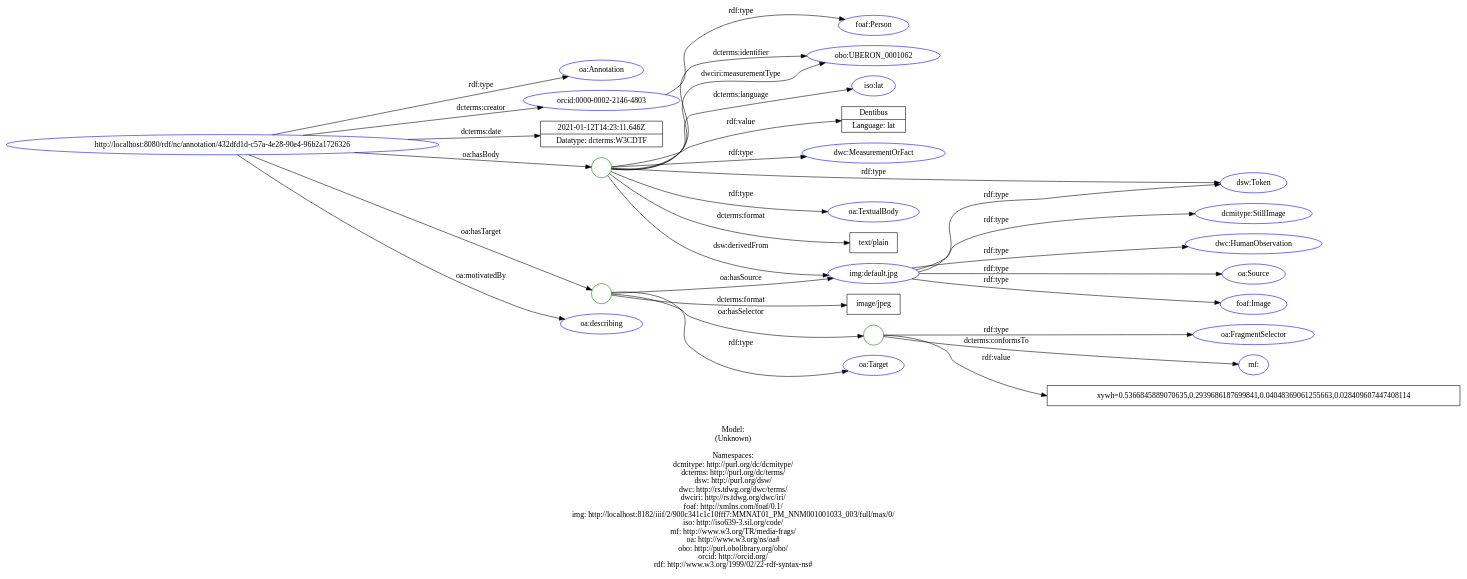
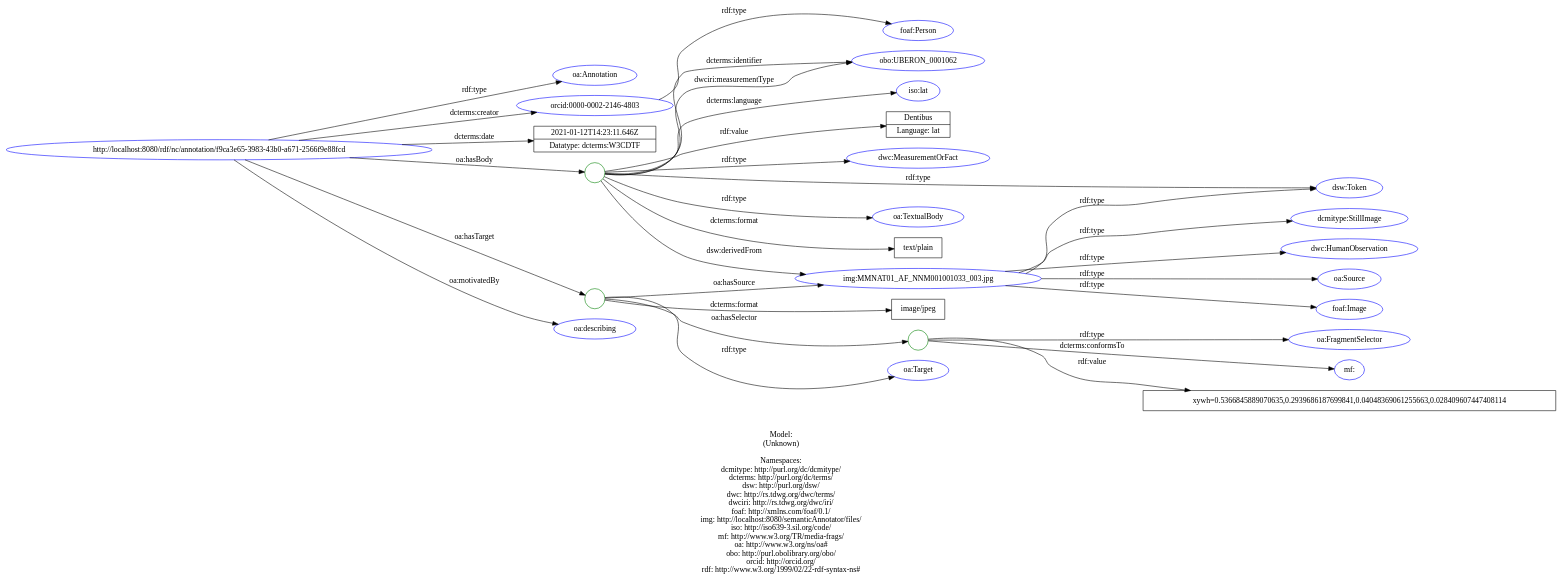
One commit to lisestork/SFB-Annotator changed the diagram in doc/models/example_6_1.dot. Above: the diagram before and after it, drawn with Graphviz. The commit also changed 9 other files, not shown here.

Commit message:
Update doc. models in SVG. - change (remote) img:default.jpg to (local) img:MMNAT01_AF_NNM001001033_*.jpg

```diff
--- a/doc/models/example_6_1.dot
+++ b/doc/models/example_6_1.dot
@@ -1,67 +1,67 @@
 digraph {
 	rankdir = LR;
 	charset="utf-8";
 
-	"Rhttp://localhost:8080/rdf/nc/annotation/432dfd1d-c57a-4e28-90e4-96b2a1726326" -> "Roa:Annotation" [ label="rdf:type" ];
-	"Rhttp://localhost:8080/rdf/nc/annotation/432dfd1d-c57a-4e28-90e4-96b2a1726326" -> "Rorcid:0000-0002-2146-4803" [ label="dcterms:creator" ];
-	"Rhttp://localhost:8080/rdf/nc/annotation/432dfd1d-c57a-4e28-90e4-96b2a1726326" -> "L2021-01-12T14:23:11.646Z|Datatype: dcterms:W3CDTF" [ label="dcterms:date" ];
-	"Rhttp://localhost:8080/rdf/nc/annotation/432dfd1d-c57a-4e28-90e4-96b2a1726326" -> "B_:node1f0gq2gelx75" [ label="oa:hasBody" ];
-	"B_:node1f0gq2gelx75" -> "Rdsw:Token" [ label="rdf:type" ];
-	"B_:node1f0gq2gelx75" -> "Rdwc:MeasurementOrFact" [ label="rdf:type" ];
-	"B_:node1f0gq2gelx75" -> "Roa:TextualBody" [ label="rdf:type" ];
-	"B_:node1f0gq2gelx75" -> "Ltext/plain" [ label="dcterms:format" ];
-	"B_:node1f0gq2gelx75" -> "Robo:UBERON_0001062" [ label="dcterms:identifier" ];
-	"B_:node1f0gq2gelx75" -> "Riso:lat" [ label="dcterms:language" ];
-	"B_:node1f0gq2gelx75" -> "Rimg:default.jpg" [ label="dsw:derivedFrom" ];
-	"B_:node1f0gq2gelx75" -> "Robo:UBERON_0001062" [ label="dwciri:measurementType" ];
-	"B_:node1f0gq2gelx75" -> "LDentibus|Language: lat" [ label="rdf:value" ];
-	"Rhttp://localhost:8080/rdf/nc/annotation/432dfd1d-c57a-4e28-90e4-96b2a1726326" -> "B_:node1f0gq2gelx74" [ label="oa:hasTarget" ];
-	"B_:node1f0gq2gelx74" -> "Roa:Target" [ label="rdf:type" ];
-	"B_:node1f0gq2gelx74" -> "Limage/jpeg" [ label="dcterms:format" ];
-	"B_:node1f0gq2gelx74" -> "B_:node1f0gq2gelx77" [ label="oa:hasSelector" ];
-	"B_:node1f0gq2gelx77" -> "Roa:FragmentSelector" [ label="rdf:type" ];
-	"B_:node1f0gq2gelx77" -> "Rmf:" [ label="dcterms:conformsTo" ];
-	"B_:node1f0gq2gelx77" -> "Lxywh=0.5366845889070635,0.2939686187699841,0.04048369061255663,0.028409607447408114" [ label="rdf:value" ];
-	"B_:node1f0gq2gelx74" -> "Rimg:default.jpg" [ label="oa:hasSource" ];
-	"Rhttp://localhost:8080/rdf/nc/annotation/432dfd1d-c57a-4e28-90e4-96b2a1726326" -> "Roa:describing" [ label="oa:motivatedBy" ];
+	"Rhttp://localhost:8080/rdf/nc/annotation/f9ca3e65-3983-43b0-a671-2566f9e88fcd" -> "Roa:Annotation" [ label="rdf:type" ];
+	"Rhttp://localhost:8080/rdf/nc/annotation/f9ca3e65-3983-43b0-a671-2566f9e88fcd" -> "Rorcid:0000-0002-2146-4803" [ label="dcterms:creator" ];
+	"Rhttp://localhost:8080/rdf/nc/annotation/f9ca3e65-3983-43b0-a671-2566f9e88fcd" -> "L2021-01-12T14:23:11.646Z|Datatype: dcterms:W3CDTF" [ label="dcterms:date" ];
+	"Rhttp://localhost:8080/rdf/nc/annotation/f9ca3e65-3983-43b0-a671-2566f9e88fcd" -> "B_:node1f0gq2gelx32" [ label="oa:hasBody" ];
+	"B_:node1f0gq2gelx32" -> "Rdsw:Token" [ label="rdf:type" ];
+	"B_:node1f0gq2gelx32" -> "Rdwc:MeasurementOrFact" [ label="rdf:type" ];
+	"B_:node1f0gq2gelx32" -> "Roa:TextualBody" [ label="rdf:type" ];
+	"B_:node1f0gq2gelx32" -> "Ltext/plain" [ label="dcterms:format" ];
+	"B_:node1f0gq2gelx32" -> "Robo:UBERON_0001062" [ label="dcterms:identifier" ];
+	"B_:node1f0gq2gelx32" -> "Riso:lat" [ label="dcterms:language" ];
+	"B_:node1f0gq2gelx32" -> "Rimg:MMNAT01_AF_NNM001001033_003.jpg" [ label="dsw:derivedFrom" ];
+	"B_:node1f0gq2gelx32" -> "Robo:UBERON_0001062" [ label="dwciri:measurementType" ];
+	"B_:node1f0gq2gelx32" -> "LDentibus|Language: lat" [ label="rdf:value" ];
+	"Rhttp://localhost:8080/rdf/nc/annotation/f9ca3e65-3983-43b0-a671-2566f9e88fcd" -> "B_:node1f0gq2gelx31" [ label="oa:hasTarget" ];
+	"B_:node1f0gq2gelx31" -> "Roa:Target" [ label="rdf:type" ];
+	"B_:node1f0gq2gelx31" -> "Limage/jpeg" [ label="dcterms:format" ];
+	"B_:node1f0gq2gelx31" -> "B_:node1f0gq2gelx34" [ label="oa:hasSelector" ];
+	"B_:node1f0gq2gelx34" -> "Roa:FragmentSelector" [ label="rdf:type" ];
+	"B_:node1f0gq2gelx34" -> "Rmf:" [ label="dcterms:conformsTo" ];
+	"B_:node1f0gq2gelx34" -> "Lxywh=0.5366845889070635,0.2939686187699841,0.04048369061255663,0.028409607447408114" [ label="rdf:value" ];
+	"B_:node1f0gq2gelx31" -> "Rimg:MMNAT01_AF_NNM001001033_003.jpg" [ label="oa:hasSource" ];
+	"Rhttp://localhost:8080/rdf/nc/annotation/f9ca3e65-3983-43b0-a671-2566f9e88fcd" -> "Roa:describing" [ label="oa:motivatedBy" ];
 	"Rorcid:0000-0002-2146-4803" -> "Rfoaf:Person" [ label="rdf:type" ];
-	"Rimg:default.jpg" -> "Rdcmitype:StillImage" [ label="rdf:type" ];
-	"Rimg:default.jpg" -> "Rdsw:Token" [ label="rdf:type" ];
-	"Rimg:default.jpg" -> "Rdwc:HumanObservation" [ label="rdf:type" ];
-	"Rimg:default.jpg" -> "Roa:Source" [ label="rdf:type" ];
-	"Rimg:default.jpg" -> "Rfoaf:Image" [ label="rdf:type" ];
+	"Rimg:MMNAT01_AF_NNM001001033_003.jpg" -> "Rdcmitype:StillImage" [ label="rdf:type" ];
+	"Rimg:MMNAT01_AF_NNM001001033_003.jpg" -> "Rdsw:Token" [ label="rdf:type" ];
+	"Rimg:MMNAT01_AF_NNM001001033_003.jpg" -> "Rdwc:HumanObservation" [ label="rdf:type" ];
+	"Rimg:MMNAT01_AF_NNM001001033_003.jpg" -> "Roa:Source" [ label="rdf:type" ];
+	"Rimg:MMNAT01_AF_NNM001001033_003.jpg" -> "Rfoaf:Image" [ label="rdf:type" ];
 
 	// Resources
-	"Rhttp://localhost:8080/rdf/nc/annotation/432dfd1d-c57a-4e28-90e4-96b2a1726326" [ label="http://localhost:8080/rdf/nc/annotation/432dfd1d-c57a-4e28-90e4-96b2a1726326", shape = ellipse, color = blue ];
+	"Rhttp://localhost:8080/rdf/nc/annotation/f9ca3e65-3983-43b0-a671-2566f9e88fcd" [ label="http://localhost:8080/rdf/nc/annotation/f9ca3e65-3983-43b0-a671-2566f9e88fcd", shape = ellipse, color = blue ];
 	"Roa:Annotation" [ label="oa:Annotation", shape = ellipse, color = blue ];
 	"Rorcid:0000-0002-2146-4803" [ label="orcid:0000-0002-2146-4803", shape = ellipse, color = blue ];
 	"Rdsw:Token" [ label="dsw:Token", shape = ellipse, color = blue ];
 	"Rdwc:MeasurementOrFact" [ label="dwc:MeasurementOrFact", shape = ellipse, color = blue ];
 	"Roa:TextualBody" [ label="oa:TextualBody", shape = ellipse, color = blue ];
 	"Robo:UBERON_0001062" [ label="obo:UBERON_0001062", shape = ellipse, color = blue ];
 	"Riso:lat" [ label="iso:lat", shape = ellipse, color = blue ];
-	"Rimg:default.jpg" [ label="img:default.jpg", shape = ellipse, color = blue ];
+	"Rimg:MMNAT01_AF_NNM001001033_003.jpg" [ label="img:MMNAT01_AF_NNM001001033_003.jpg", shape = ellipse, color = blue ];
 	"Roa:Target" [ label="oa:Target", shape = ellipse, color = blue ];
 	"Roa:FragmentSelector" [ label="oa:FragmentSelector", shape = ellipse, color = blue ];
 	"Rmf:" [ label="mf:", shape = ellipse, color = blue ];
 	"Roa:describing" [ label="oa:describing", shape = ellipse, color = blue ];
 	"Rfoaf:Person" [ label="foaf:Person", shape = ellipse, color = blue ];
 	"Rdcmitype:StillImage" [ label="dcmitype:StillImage", shape = ellipse, color = blue ];
 	"Rdwc:HumanObservation" [ label="dwc:HumanObservation", shape = ellipse, color = blue ];
 	"Roa:Source" [ label="oa:Source", shape = ellipse, color = blue ];
 	"Rfoaf:Image" [ label="foaf:Image", shape = ellipse, color = blue ];
 
 	// Anonymous nodes
-	"B_:node1f0gq2gelx75" [ label="", shape = circle, color = green ];
-	"B_:node1f0gq2gelx74" [ label="", shape = circle, color = green ];
-	"B_:node1f0gq2gelx77" [ label="", shape = circle, color = green ];
+	"B_:node1f0gq2gelx32" [ label="", shape = circle, color = green ];
+	"B_:node1f0gq2gelx31" [ label="", shape = circle, color = green ];
+	"B_:node1f0gq2gelx34" [ label="", shape = circle, color = green ];
 
 	// Literals
 	"L2021-01-12T14:23:11.646Z|Datatype: dcterms:W3CDTF" [ label="2021-01-12T14:23:11.646Z|Datatype: dcterms:W3CDTF", shape = record ];
 	"Ltext/plain" [ label="text/plain", shape = record ];
 	"LDentibus|Language: lat" [ label="Dentibus|Language: lat", shape = record ];
 	"Limage/jpeg" [ label="image/jpeg", shape = record ];
 	"Lxywh=0.5366845889070635,0.2939686187699841,0.04048369061255663,0.028409607447408114" [ label="xywh=0.5366845889070635,0.2939686187699841,0.04048369061255663,0.028409607447408114", shape = record ];
 
-	label="\n\nModel:\n(Unknown)\n\nNamespaces:\ndcmitype: http://purl.org/dc/dcmitype/\ndcterms: http://purl.org/dc/terms/\ndsw: http://purl.org/dsw/\ndwc: http://rs.tdwg.org/dwc/terms/\ndwciri: http://rs.tdwg.org/dwc/iri/\nfoaf: http://xmlns.com/foaf/0.1/\nimg: http://localhost:8182/iiif/2/900c341c1c10fff7:MMNAT01_PM_NNM001001033_003/full/max/0/\niso: http://iso639-3.sil.org/code/\nmf: http://www.w3.org/TR/media-frags/\noa: http://www.w3.org/ns/oa#\nobo: http://purl.obolibrary.org/obo/\norcid: http://orcid.org/\nrdf: http://www.w3.org/1999/02/22-rdf-syntax-ns#\n";
+	label="\n\nModel:\n(Unknown)\n\nNamespaces:\ndcmitype: http://purl.org/dc/dcmitype/\ndcterms: http://purl.org/dc/terms/\ndsw: http://purl.org/dsw/\ndwc: http://rs.tdwg.org/dwc/terms/\ndwciri: http://rs.tdwg.org/dwc/iri/\nfoaf: http://xmlns.com/foaf/0.1/\nimg: http://localhost:8080/semanticAnnotator/files/\niso: http://iso639-3.sil.org/code/\nmf: http://www.w3.org/TR/media-frags/\noa: http://www.w3.org/ns/oa#\nobo: http://purl.obolibrary.org/obo/\norcid: http://orcid.org/\nrdf: http://www.w3.org/1999/02/22-rdf-syntax-ns#\n";
 }
```
